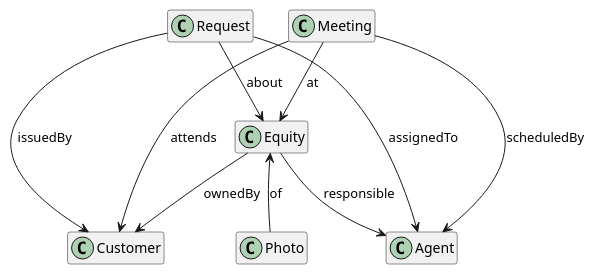
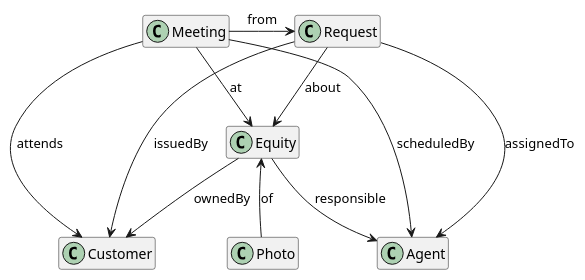
Before and after one commit to vantonov1/meet: the diagram in meet.puml, drawn with PlantUML. The commit also changed 14 other files, not shown here.

Commit message:
show scheduled meeting for request

```diff
--- a/meet.puml
+++ b/meet.puml
@@ -1,22 +1,23 @@
 @startuml
 
 hide members
 class Equity 
 class Photo 
 class Agent 
 class Customer 
 class Request 
 
 Equity <-- Photo: of
 Equity --> Customer : ownedBy
 Equity --> Agent : responsible
 
 Meeting --> Agent : scheduledBy
 Meeting --> Customer : attends
 Meeting --> Equity : at
+Meeting -> Request : from
 
 Request --> Equity : about
 Request --> Customer : issuedBy
 Request --> Agent : assignedTo
 
 @enduml
```
